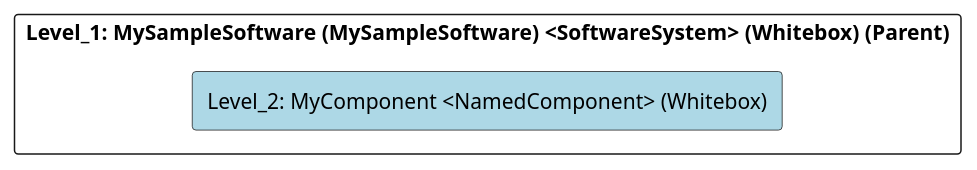
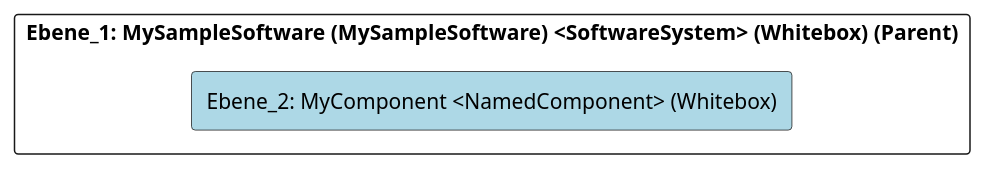
The diagram in src/cleon.architecturemethods.arc42.sample/doc/cleon_architecturemethods_arc42_sample_software_simple/adoc/de/05_bausteinsicht/mysamplesoftware/mycomponent/ebene_2_mycomponent.adoc (marcozwyssig/cleon), drawn with PlantUML before and after one commit. The commit also changed other lines of this file and 214 other files, not shown here.

```diff
--- a/src/cleon.architecturemethods.arc42.sample/doc/cleon_architecturemethods_arc42_sample_software_simple/adoc/de/05_bausteinsicht/mysamplesoftware/mycomponent/ebene_2_mycomponent.adoc
+++ b/src/cleon.architecturemethods.arc42.sample/doc/cleon_architecturemethods_arc42_sample_software_simple/adoc/de/05_bausteinsicht/mysamplesoftware/mycomponent/ebene_2_mycomponent.adoc
@@ -20,24 +20,24 @@
-[plantuml, Level_2: MyComponent <NamedComponent> (Whitebox)BlockOverview, format="svg"]
+[plantuml, Ebene_2: MyComponent <NamedComponent> (Whitebox)BlockOverview, format="svg"]
 ----
-@startuml Level_2: MyComponent <NamedComponent> (Whitebox)BuildingBlockOverview
+@startuml Ebene_2: MyComponent <NamedComponent> (Whitebox)BuildingBlockOverview
 
 skinparam ranksep 10
 skinparam componentStyle rectangle
 skinparam shadowing false
 skinparam arrowColor lightblue
 skinparam arrowThickness 1.2
 skinparam rectangle {
   BackgroundColor White
   BorderColor #333
   RoundCorner 10
 }
 top to bottom direction
 
-component "Level_1: MySampleSoftware (MySampleSoftware) <SoftwareSystem> (Whitebox) (Parent)" {
-    component "Level_2: MyComponent <NamedComponent> (Whitebox)" #lightblue {
+component "Ebene_1: MySampleSoftware (MySampleSoftware) <SoftwareSystem> (Whitebox) (Parent)" {
+    component "Ebene_2: MyComponent <NamedComponent> (Whitebox)" #lightblue {
     }
 
 }
 
 @enduml
 ----
```
